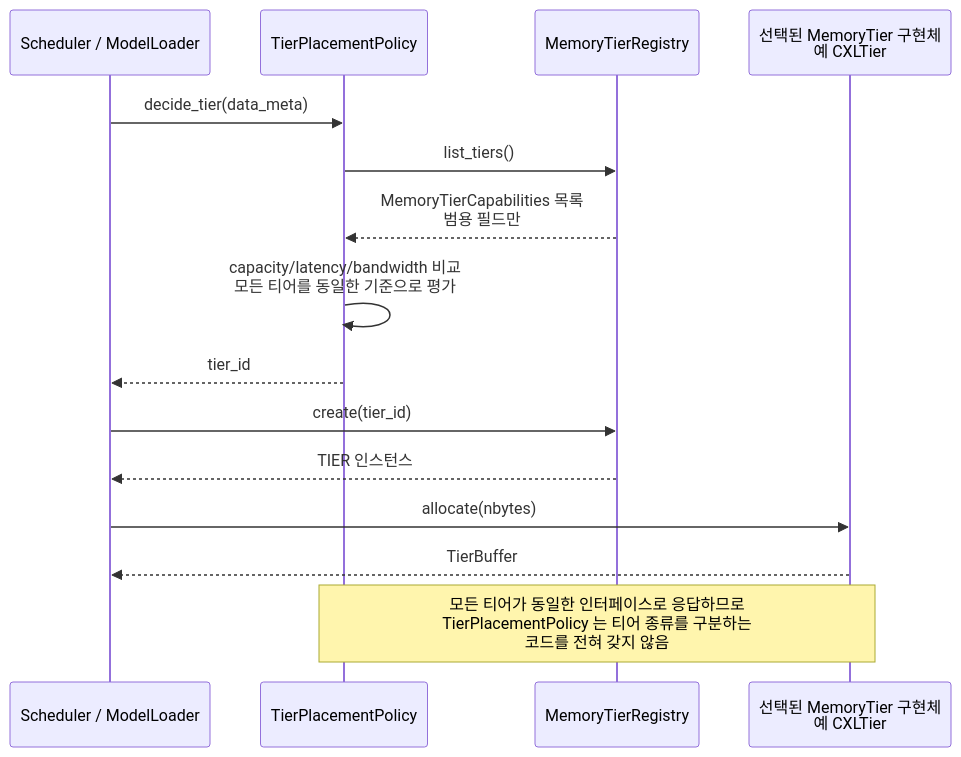
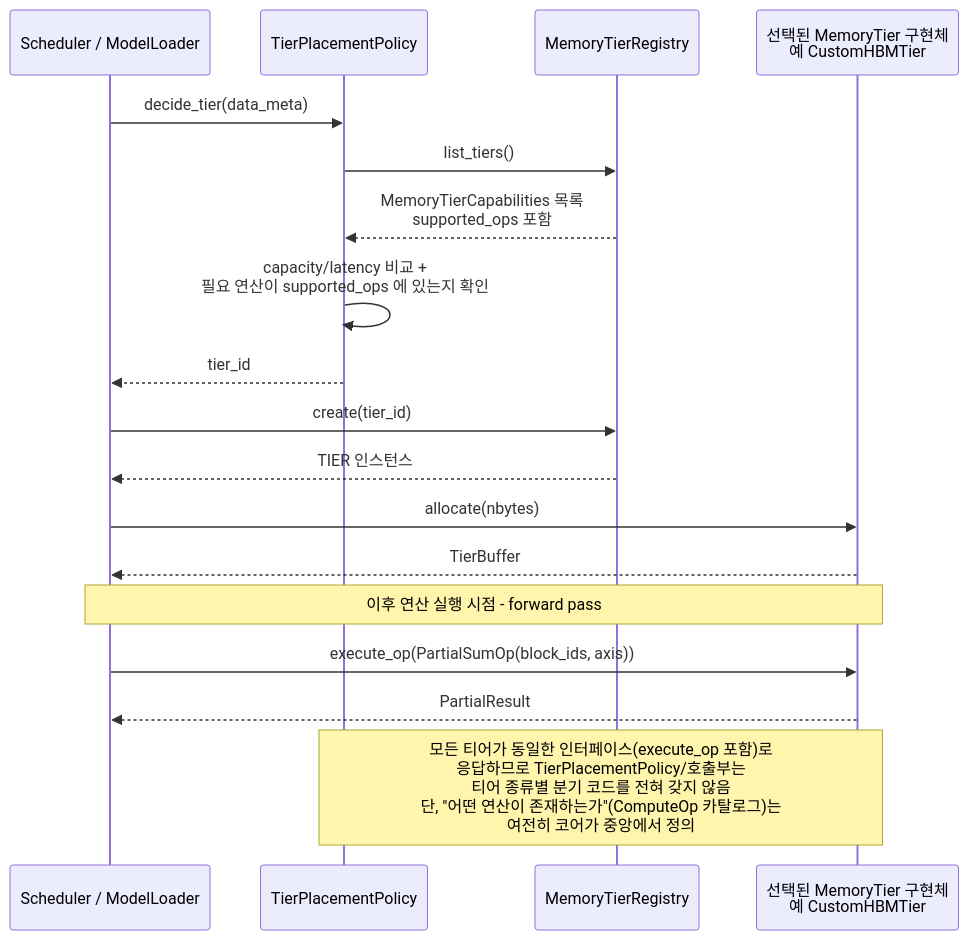
Before and after one commit to mkim0628/vllm: the third of 8 diagrams in doc-mk/vllm-memory-abstraction-level-candidates.md, drawn with Mermaid. The commit also changed other lines of this file, not shown here.

First line of the commit message:
docs: redefine DP-1 Candidate 1 to satisfy compute-capable-memory FR

````diff
--- a/doc-mk/vllm-memory-abstraction-level-candidates.md
+++ b/doc-mk/vllm-memory-abstraction-level-candidates.md
@@ -186,19 +215,23 @@
 ```mermaid
 sequenceDiagram
     participant CALLER as Scheduler / ModelLoader
     participant TPP as TierPlacementPolicy
     participant REG as MemoryTierRegistry
-    participant TIER as 선택된 MemoryTier 구현체<br/>예 CXLTier
+    participant TIER as 선택된 MemoryTier 구현체<br/>예 CustomHBMTier
 
     CALLER->>TPP: decide_tier(data_meta)
     TPP->>REG: list_tiers()
-    REG-->>TPP: MemoryTierCapabilities 목록<br/>범용 필드만
-    TPP->>TPP: capacity/latency/bandwidth 비교<br/>모든 티어를 동일한 기준으로 평가
+    REG-->>TPP: MemoryTierCapabilities 목록<br/>supported_ops 포함
+    TPP->>TPP: capacity/latency 비교 +<br/>필요 연산이 supported_ops 에 있는지 확인
     TPP-->>CALLER: tier_id
     CALLER->>REG: create(tier_id)
     REG-->>CALLER: TIER 인스턴스
     CALLER->>TIER: allocate(nbytes)
     TIER-->>CALLER: TierBuffer
 
-    Note over TPP,TIER: 모든 티어가 동일한 인터페이스로 응답하므로<br/>TierPlacementPolicy 는 티어 종류를 구분하는<br/>코드를 전혀 갖지 않음
+    Note over CALLER,TIER: 이후 연산 실행 시점 - forward pass
+    CALLER->>TIER: execute_op(PartialSumOp(block_ids, axis))
+    TIER-->>CALLER: PartialResult
+
+    Note over TPP,TIER: 모든 티어가 동일한 인터페이스(execute_op 포함)로<br/>응답하므로 TierPlacementPolicy/호출부는<br/>티어 종류별 분기 코드를 전혀 갖지 않음<br/>단, "어떤 연산이 존재하는가"(ComputeOp 카탈로그)는<br/>여전히 코어가 중앙에서 정의
 ```
````
